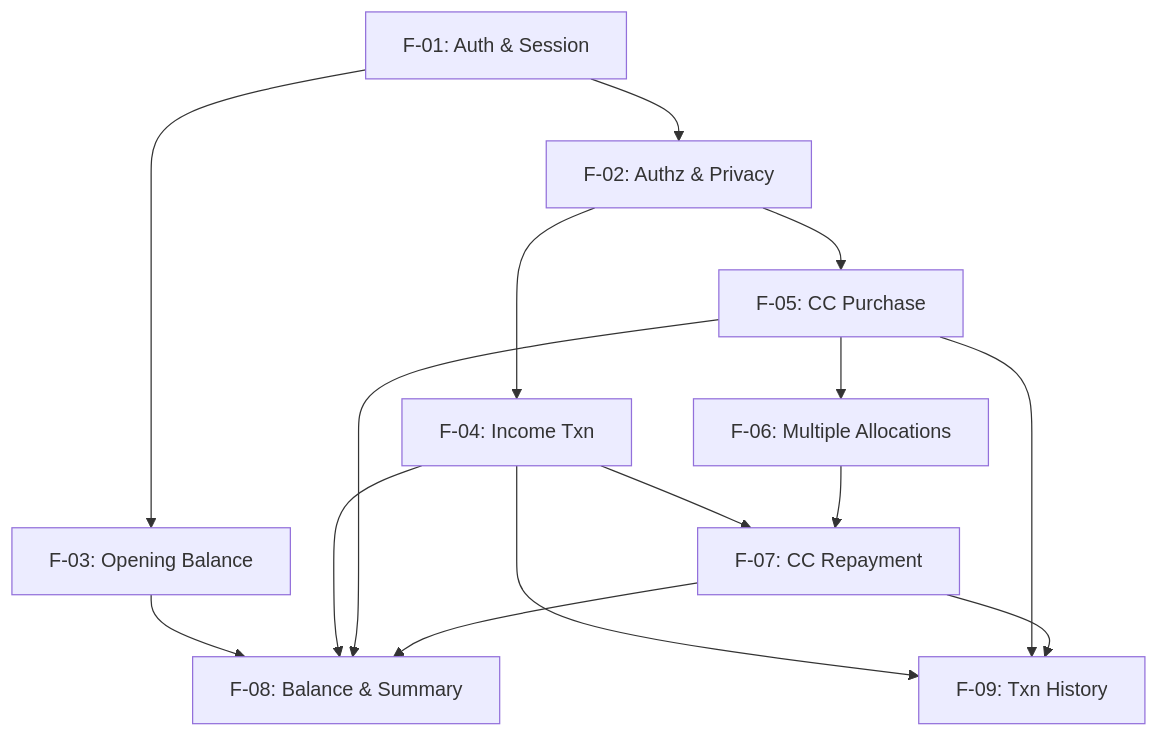
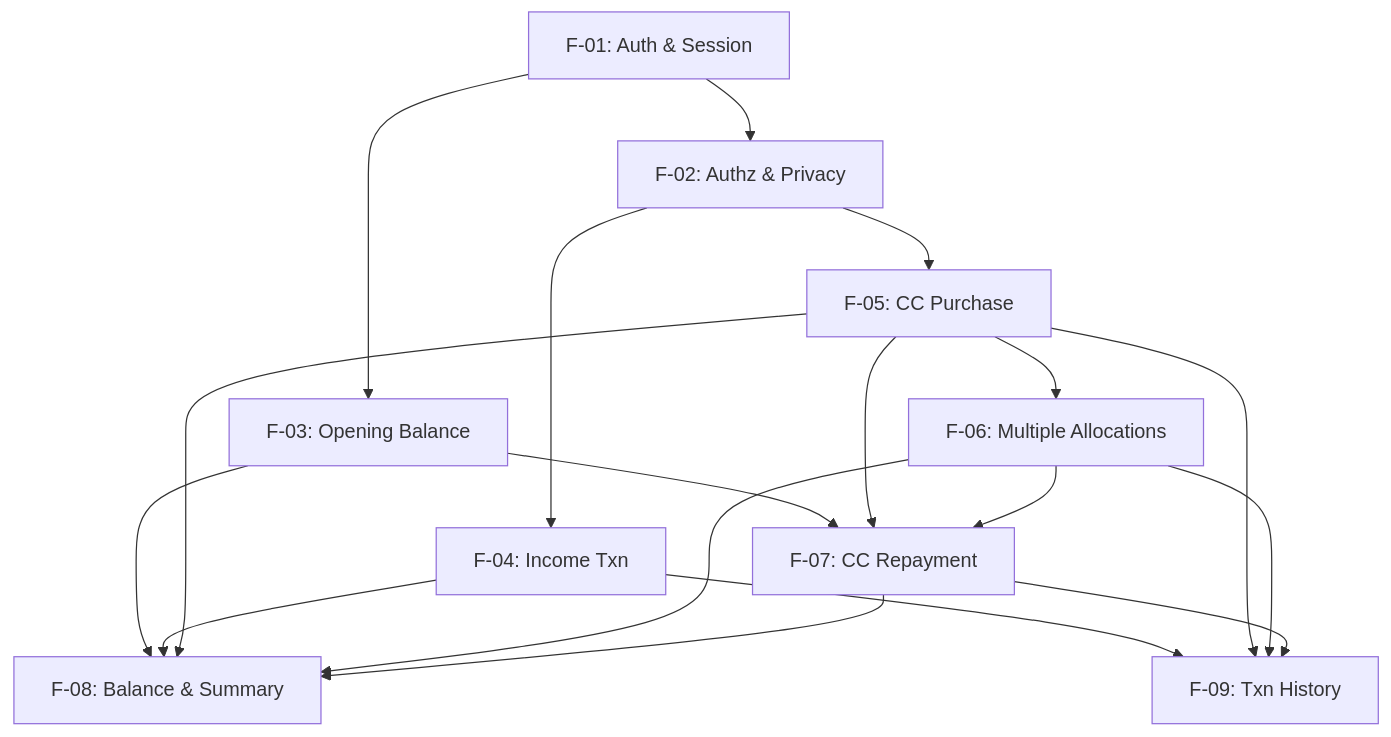
The second of 2 diagrams in docs/sprints/plan.md (Pilaiwan3492/Whatsss-PMandELS), drawn with Mermaid before and after one commit. The commit also changed other lines of this file and 15 other files, not shown here.

````diff
--- a/docs/sprints/plan.md
+++ b/docs/sprints/plan.md
@@ -68,17 +69,23 @@
 ```mermaid
 flowchart TD
     F01["F-01: Auth & Session"] --> F02["F-02: Authz & Privacy"]
     F01 --> F03["F-03: Opening Balance"]
     F02 --> F04["F-04: Income Txn"]
     F02 --> F05["F-05: CC Purchase"]
     F05 --> F06["F-06: Multiple Allocations"]
-    F04 --> F07["F-07: CC Repayment"]
+    
+    F03 --> F07["F-07: CC Repayment"]
+    F05 --> F07
     F06 --> F07
+
     F03 --> F08["F-08: Balance & Summary"]
     F04 --> F08
     F05 --> F08
+    F06 --> F08
     F07 --> F08
+
     F04 --> F09["F-09: Txn History"]
     F05 --> F09
+    F06 --> F09
     F07 --> F09
 ```
````
